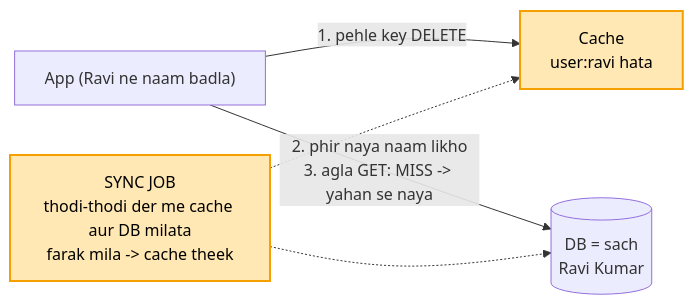
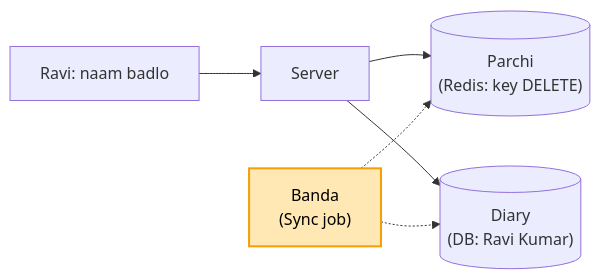
The third of 3 diagrams in 04_HLD/SYSTEM_DESIGNS/10_distributed_cache/10_distributed_cache.md (ArpanMaheshwari144/Prep), drawn with Mermaid before and after one commit. The commit also changed other lines of this file and 13 other files, not shown here.

````diff
--- a/04_HLD/SYSTEM_DESIGNS/10_distributed_cache/10_distributed_cache.md
+++ b/04_HLD/SYSTEM_DESIGNS/10_distributed_cache/10_distributed_cache.md
@@ -267,9 +109,9 @@
 ```mermaid
 flowchart LR
-    A["App (Ravi ne naam badla)"] -->|"1. pehle key DELETE"| C["Cache<br/>user:ravi hata"]
-    A -->|"2. phir naya naam likho<br/>3. agla GET: MISS -> yahan se naya"| D[("DB = sach<br/>Ravi Kumar")]
-    J["SYNC JOB<br/>thodi-thodi der me cache aur DB milata<br/>farak mila -> cache theek"] -.-> C
+    U["Ravi: naam badlo"] --> S["Server"]
+    S --> C[("Parchi<br/>(Redis: key DELETE)")]
+    S --> D[("Diary<br/>(DB: Ravi Kumar)")]
+    J["Banda<br/>(Sync job)"] -.-> C
     J -.-> D
-    style C fill:#ffe8b3,stroke:#f59f00,stroke-width:2px,color:#000
     style J fill:#ffe8b3,stroke:#f59f00,stroke-width:2px,color:#000
 ```
````
